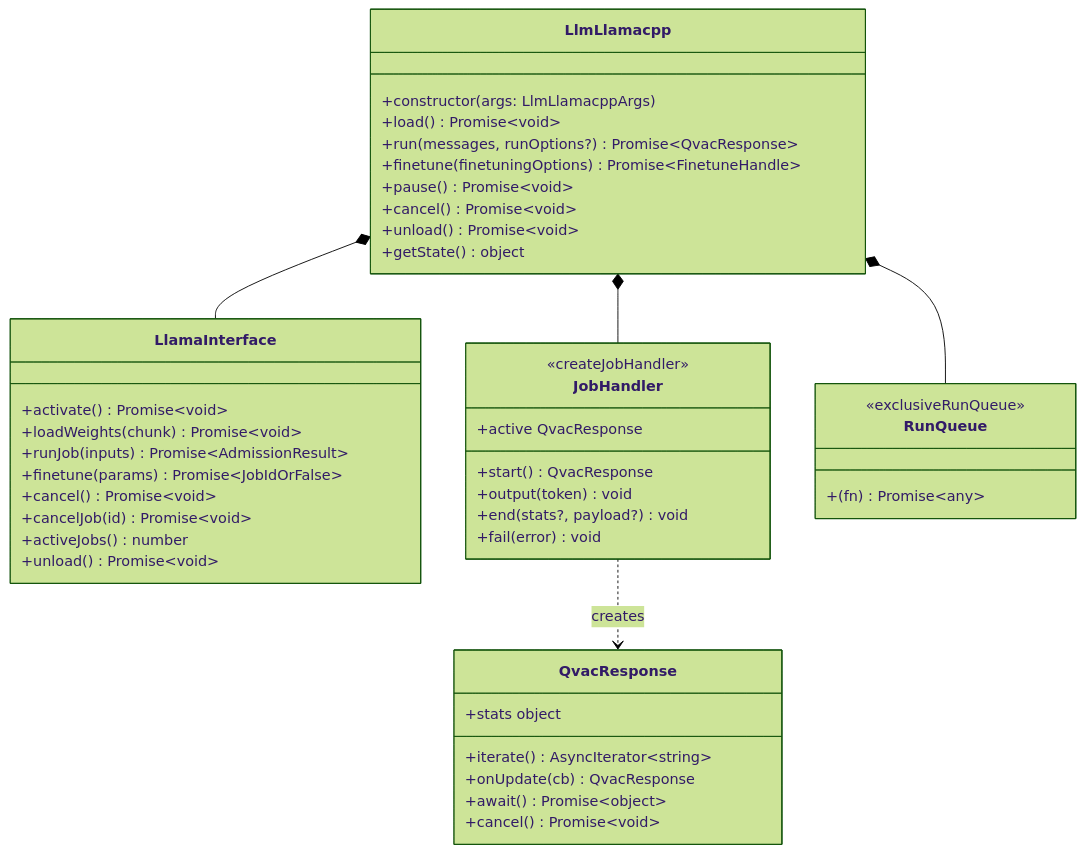
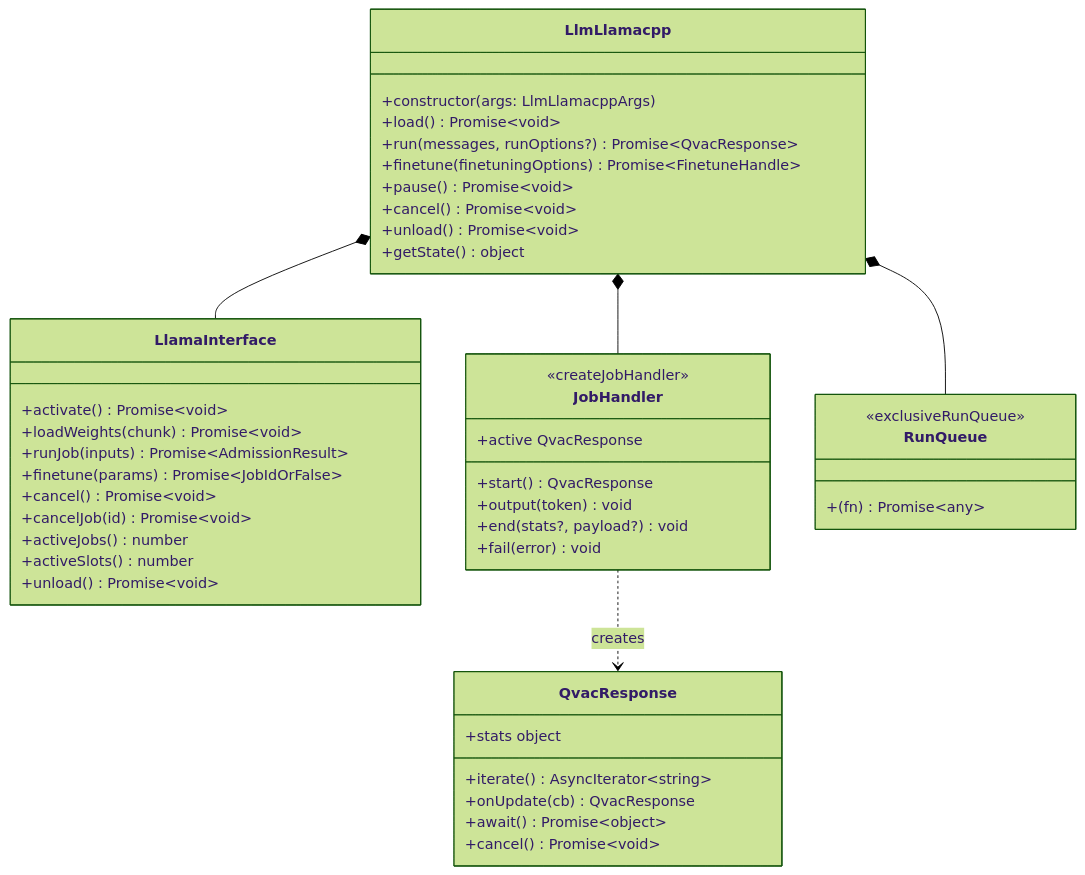
One commit to tetherto/qvac changed the second of 4 diagrams in packages/llm-llamacpp/docs/architecture.md. Above: the diagram before and after it, drawn with Mermaid (forest theme). The commit also changed other lines of this file and 21 other files, not shown here.

````diff
--- a/packages/llm-llamacpp/docs/architecture.md
+++ b/packages/llm-llamacpp/docs/architecture.md
@@ -160,51 +160,52 @@
 ```mermaid
 classDiagram
     class LlmLlamacpp {
         +constructor(args: LlmLlamacppArgs)
         +load() Promise~void~
         +run(messages, runOptions?) Promise~QvacResponse~
         +finetune(finetuningOptions) Promise~FinetuneHandle~
         +pause() Promise~void~
         +cancel() Promise~void~
         +unload() Promise~void~
         +getState() object
     }
 
     class LlamaInterface {
         +activate() Promise~void~
         +loadWeights(chunk) Promise~void~
         +runJob(inputs) Promise~AdmissionResult~
         +finetune(params) Promise~JobIdOrFalse~
         +cancel() Promise~void~
         +cancelJob(id) Promise~void~
         +activeJobs() number
+        +activeSlots() number
         +unload() Promise~void~
     }
 
     class JobHandler {
         <<createJobHandler>>
         +start() QvacResponse
         +output(token) void
         +end(stats?, payload?) void
         +fail(error) void
         +active QvacResponse
     }
 
     class RunQueue {
         <<exclusiveRunQueue>>
         +(fn) Promise~any~
     }
 
     class QvacResponse {
         +iterate() AsyncIterator~string~
         +onUpdate(cb) QvacResponse
         +await() Promise~object~
         +cancel() Promise~void~
         +stats object
     }
 
     LlmLlamacpp *-- LlamaInterface
     LlmLlamacpp *-- JobHandler
     LlmLlamacpp *-- RunQueue
     JobHandler ..> QvacResponse : creates
 ```
````
